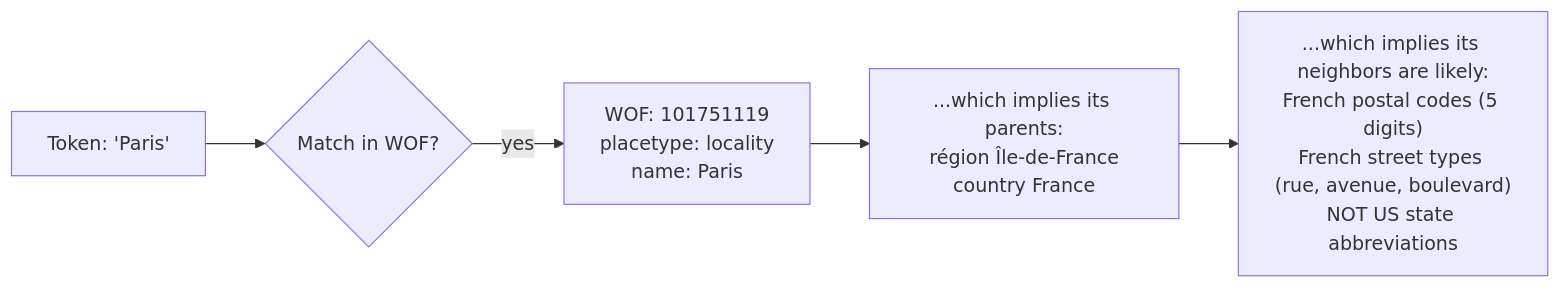
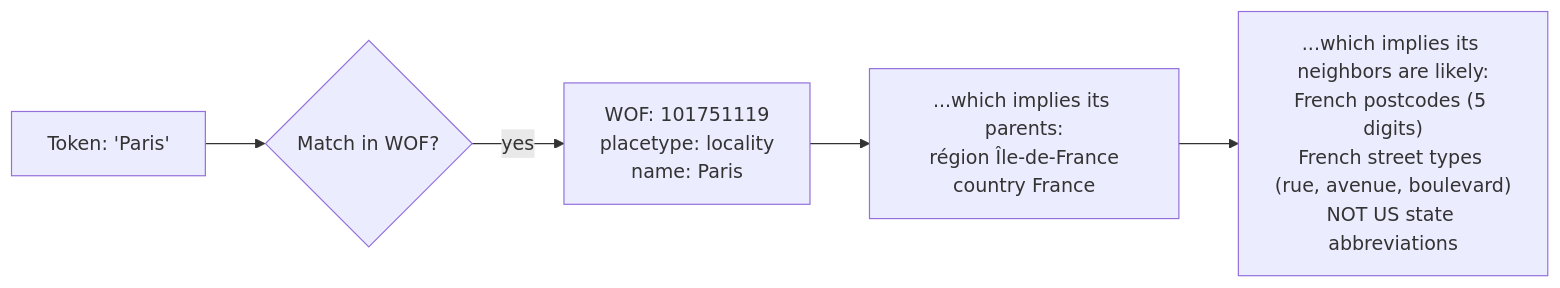
One commit to sister-software/mailwoman changed the first of 8 diagrams in docs/records/site-2026-08/concepts/fst-gazetteer-prior.mdx. Above: the diagram before and after it, drawn with Mermaid. The commit also changed 4271 other files, not shown here.

````diff
--- a/docs/records/site-2026-08/concepts/fst-gazetteer-prior.mdx
+++ b/docs/records/site-2026-08/concepts/fst-gazetteer-prior.mdx
@@ -28,7 +28,7 @@
 ```mermaid
 flowchart LR
     A["Token: 'Paris'"] --> B{"Match in WOF?"}
     B -->|yes| C["WOF: 101751119<br>placetype: locality<br>name: Paris"]
     C --> D["...which implies its parents:<br>région Île-de-France<br>country France"]
-    D --> E["...which implies its neighbors are likely:<br>French postal codes (5 digits)<br>French street types (rue, avenue, boulevard)<br>NOT US state abbreviations"]
+    D --> E["...which implies its neighbors are likely:<br>French postcodes (5 digits)<br>French street types (rue, avenue, boulevard)<br>NOT US state abbreviations"]
 ```
````
